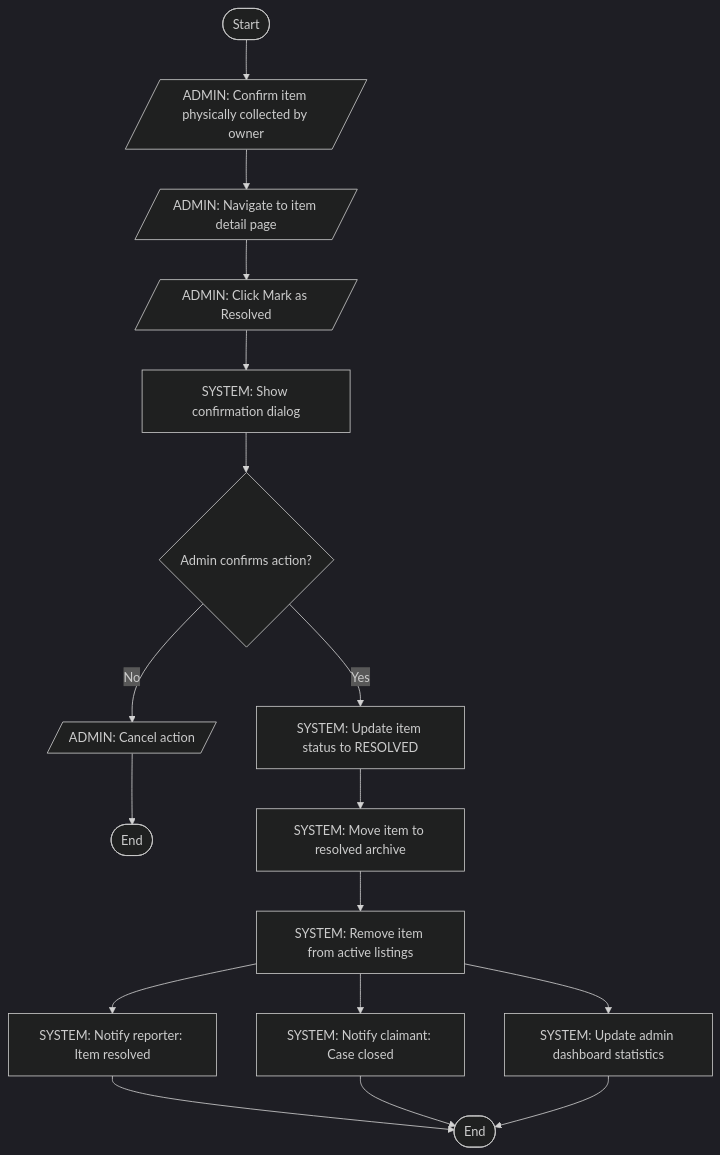
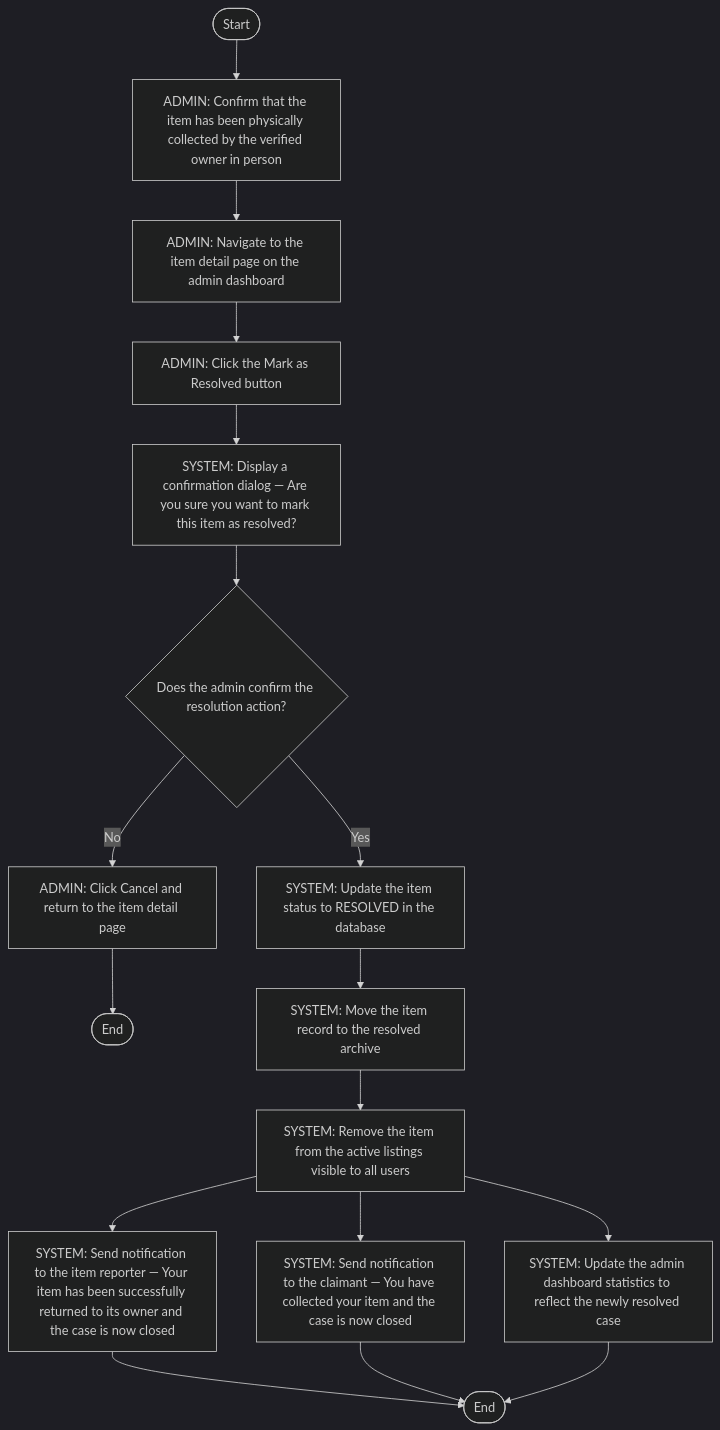
The seventh of 8 diagrams in ACTIVITY_DIAGRAMS.md (Skiet88/campus-lost-and-found), drawn with Mermaid (dark theme) before and after one commit. The commit also changed other lines of this file, not shown here.

````diff
--- a/ACTIVITY_DIAGRAMS.md
+++ b/ACTIVITY_DIAGRAMS.md
@@ -236,21 +235,20 @@
 ```mermaid
 flowchart TD
-    S([Start]) --> A
-
-    A[/"ADMIN: Confirm item physically collected by owner"/]
-    A --> B[/"ADMIN: Navigate to item detail page"/]
-    B --> C[/"ADMIN: Click Mark as Resolved"/]
-    C --> D["SYSTEM: Show confirmation dialog"]
-    D --> E{Admin confirms action?}
-    E -->|No| F[/"ADMIN: Cancel action"/]
-    F --> E1([End])
-    E -->|Yes| G["SYSTEM: Update item status to RESOLVED"]
-    G --> H["SYSTEM: Move item to resolved archive"]
-    H --> I["SYSTEM: Remove item from active listings"]
-    I --> J["SYSTEM: Notify reporter: Item resolved"]
-    I --> K["SYSTEM: Notify claimant: Case closed"]
-    I --> L["SYSTEM: Update admin dashboard statistics"]
-    J --> E2([End])
-    K --> E2
-    L --> E2
+    S([Start]) --> A1
+    A1["ADMIN: Confirm that the item has been physically collected by the verified owner in person"]
+    A1 --> A2["ADMIN: Navigate to the item detail page on the admin dashboard"]
+    A2 --> A3["ADMIN: Click the Mark as Resolved button"]
+    A3 --> A4["SYSTEM: Display a confirmation dialog — Are you sure you want to mark this item as resolved?"]
+    A4 --> D1{Does the admin confirm the resolution action?}
+    D1 -->|No| A5["ADMIN: Click Cancel and return to the item detail page"]
+    A5 --> E1([End])
+    D1 -->|Yes| A6["SYSTEM: Update the item status to RESOLVED in the database"]
+    A6 --> A7["SYSTEM: Move the item record to the resolved archive"]
+    A7 --> A8["SYSTEM: Remove the item from the active listings visible to all users"]
+    A8 --> A9["SYSTEM: Send notification to the item reporter — Your item has been successfully returned to its owner and the case is now closed"]
+    A8 --> A10["SYSTEM: Send notification to the claimant — You have collected your item and the case is now closed"]
+    A8 --> A11["SYSTEM: Update the admin dashboard statistics to reflect the newly resolved case"]
+    A9 --> E2([End])
+    A10 --> E2
+    A11 --> E2
 ```
````
